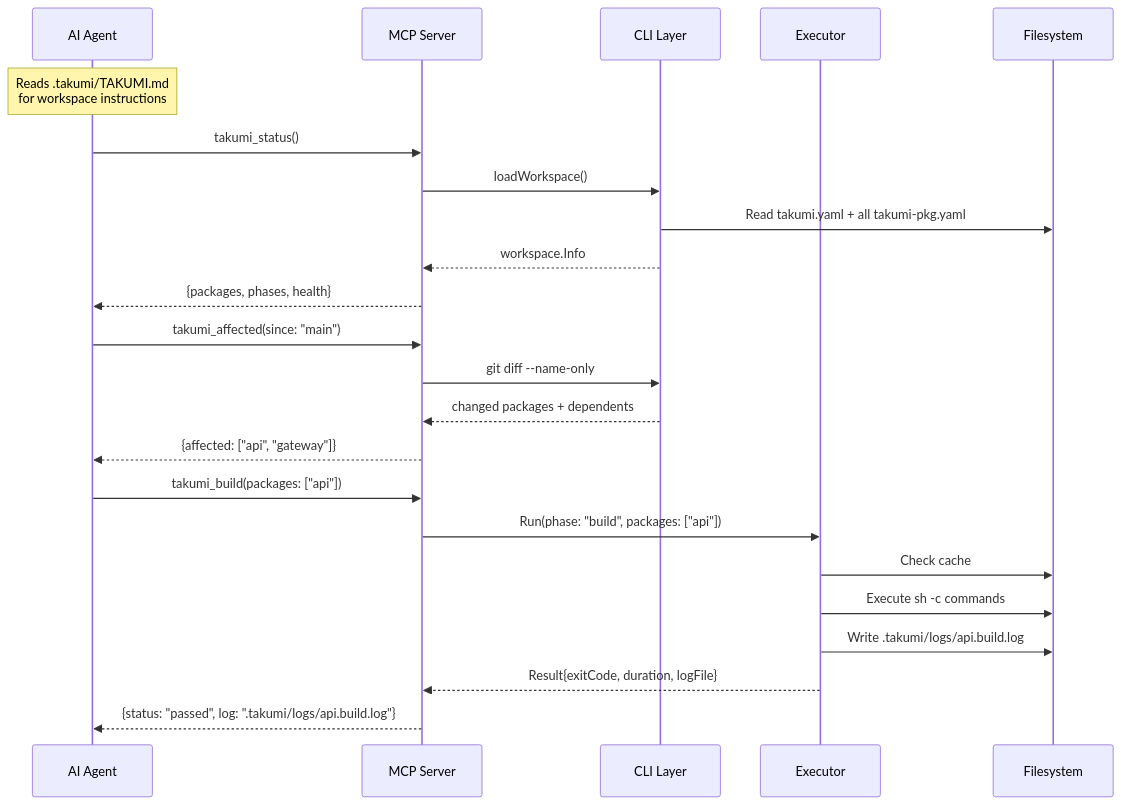
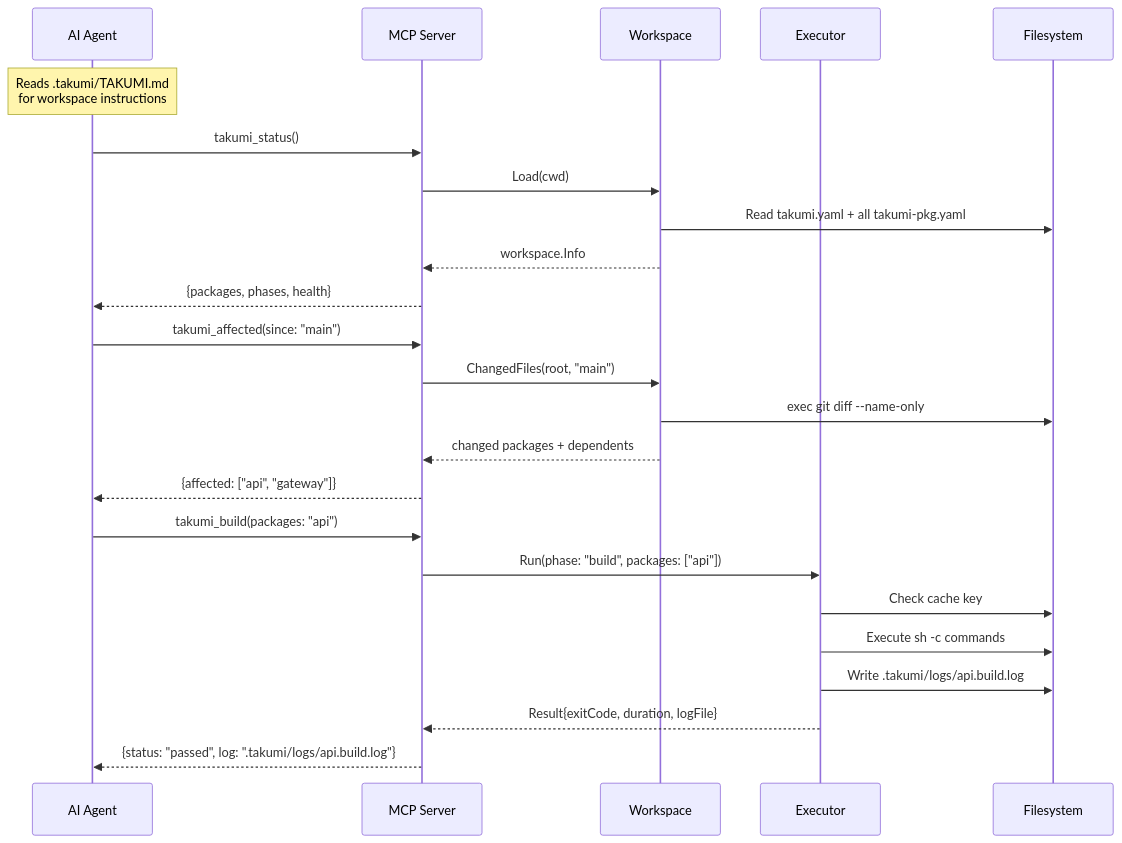
One commit to T-Fizz/takumi changed the sixth of 7 diagrams in docs/dev/architecture-diagram.md. Above: the diagram before and after it, drawn with Mermaid. The commit also changed other lines of this file and 12 other files, not shown here.

First line of the commit message:
Remove takumi_diagnose zombie and fix architecture diagrams

````diff
--- a/docs/dev/architecture-diagram.md
+++ b/docs/dev/architecture-diagram.md
@@ -187,29 +213,30 @@
 ```mermaid
 sequenceDiagram
     participant Agent as AI Agent
     participant MCP as MCP Server
-    participant CLI as CLI Layer
+    participant WS as Workspace
     participant Exec as Executor
     participant FS as Filesystem
 
     Note over Agent: Reads .takumi/TAKUMI.md<br/>for workspace instructions
 
     Agent->>MCP: takumi_status()
-    MCP->>CLI: loadWorkspace()
-    CLI->>FS: Read takumi.yaml + all takumi-pkg.yaml
-    CLI-->>MCP: workspace.Info
+    MCP->>WS: Load(cwd)
+    WS->>FS: Read takumi.yaml + all takumi-pkg.yaml
+    WS-->>MCP: workspace.Info
     MCP-->>Agent: {packages, phases, health}
 
     Agent->>MCP: takumi_affected(since: "main")
-    MCP->>CLI: git diff --name-only
-    CLI-->>MCP: changed packages + dependents
+    MCP->>WS: ChangedFiles(root, "main")
+    WS->>FS: exec git diff --name-only
+    WS-->>MCP: changed packages + dependents
     MCP-->>Agent: {affected: ["api", "gateway"]}
 
-    Agent->>MCP: takumi_build(packages: ["api"])
+    Agent->>MCP: takumi_build(packages: "api")
     MCP->>Exec: Run(phase: "build", packages: ["api"])
-    Exec->>FS: Check cache
+    Exec->>FS: Check cache key
     Exec->>FS: Execute sh -c commands
     Exec->>FS: Write .takumi/logs/api.build.log
     Exec-->>MCP: Result{exitCode, duration, logFile}
     MCP-->>Agent: {status: "passed", log: ".takumi/logs/api.build.log"}
 ```
````
